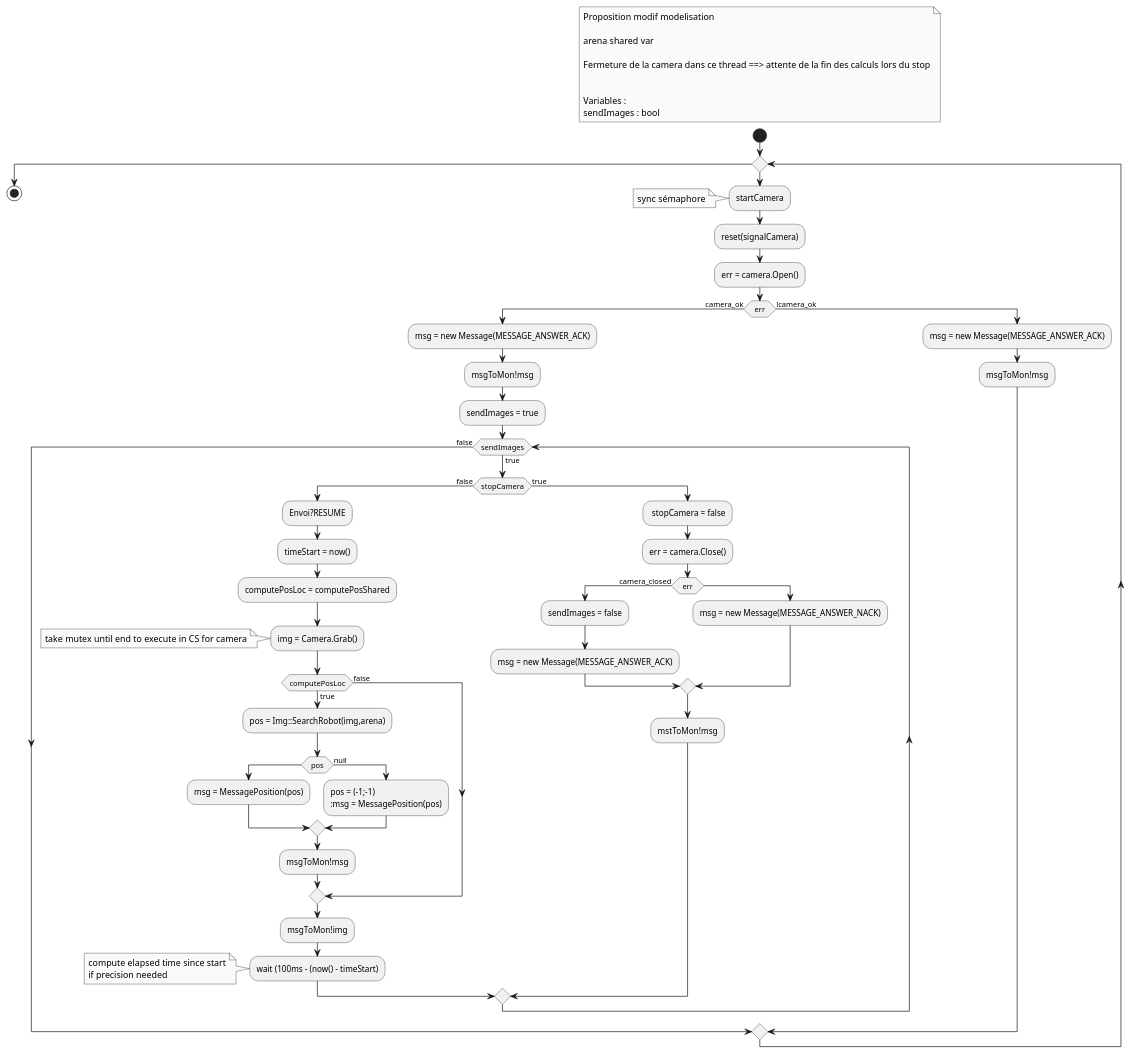
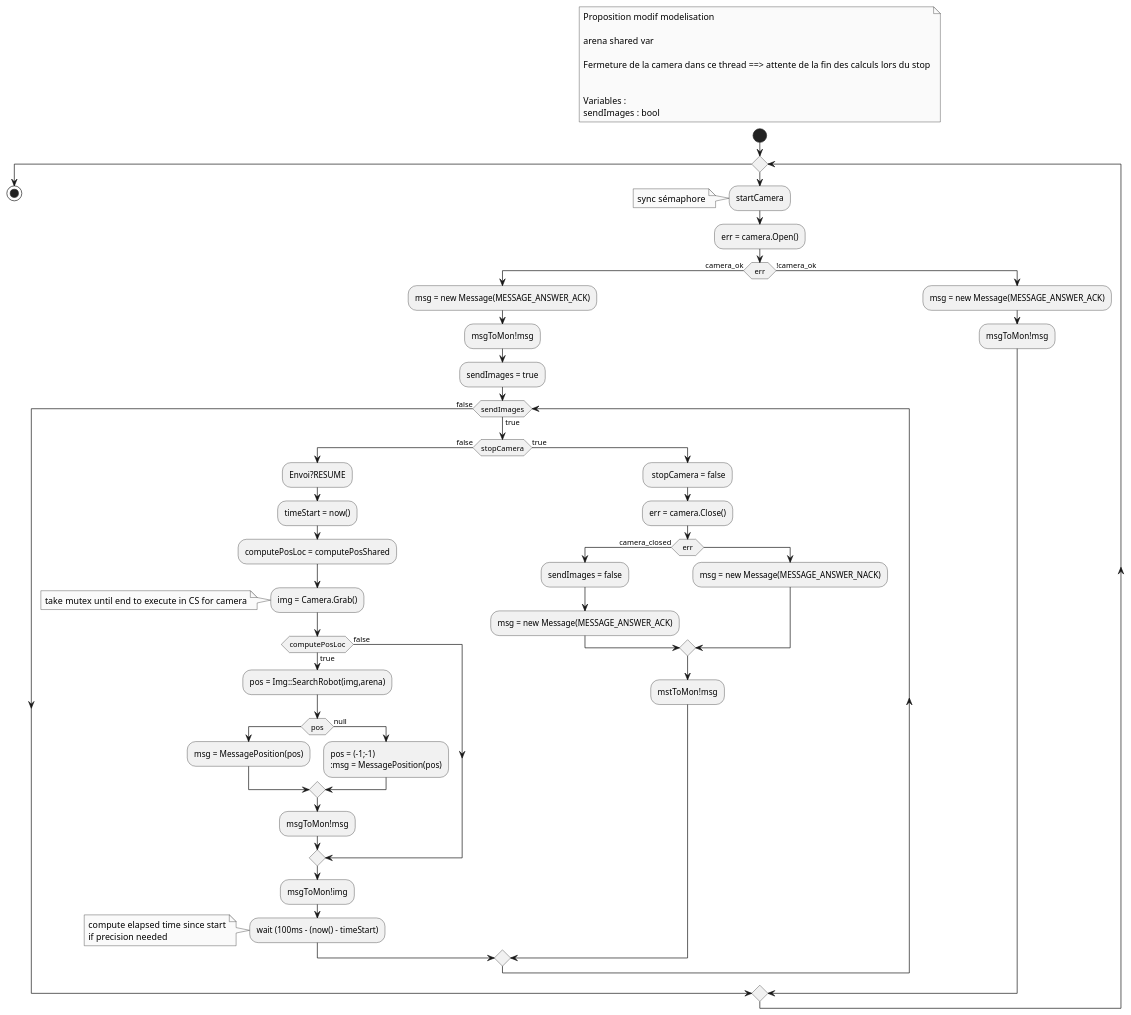
Before and after one commit to Bobillot/BE_Temps_Reel: the diagram in diags/th_get_image.puml, drawn with PlantUML.

```diff
--- a/diags/th_get_image.puml
+++ b/diags/th_get_image.puml
@@ -1,87 +1,86 @@
 @startuml th_get_image_mod
 
 skinparam monochrome true
 
 floating note left
 Proposition modif modelisation
 
 arena shared var
 
 Fermeture de la camera dans ce thread ==> attente de la fin des calculs lors du stop
 
 
 Variables :
 sendImages : bool
 end note
 
 start
 
 while ( )
 
     :startCamera;
     note : sync sémaphore
-    :reset(signalCamera);
 
     :err = camera.Open();
     if(err) then (camera_ok)
 
         :msg = new Message(MESSAGE_ANSWER_ACK);
         :msgToMon!msg;
 
         :sendImages = true;
 
         while (sendImages) is (true)
             if(stopCamera) then (false)
                 :Envoi?RESUME;
 
                 :timeStart = now();
 
                 :computePosLoc = computePosShared;
 
                 :img = Camera.Grab();
                 note : take mutex until end to execute in CS for camera
 
                 if (computePosLoc) then (true)
                         :pos = Img::SearchRobot(img,arena);
                         if (pos) then
                             :msg = MessagePosition(pos);
                         else (null)
                             :pos = (-1;-1)
                             :msg = MessagePosition(pos);
                         endif
                         :msgToMon!msg;
                 else (false)
 
                 endif
 
                 :msgToMon!img;
 
                 :wait (100ms - (now() - timeStart);
                 note
                 compute elapsed time since start
                 if precision needed
                 end note
                 'event stopCamera reçu
             else (true)
                 : stopCamera = false;
                 :err = camera.Close();
                 if(err) then (camera_closed)
                     :sendImages = false;
                     :msg = new Message(MESSAGE_ANSWER_ACK);
                 else
                     :msg = new Message(MESSAGE_ANSWER_NACK);
                 endif
                 :mstToMon!msg;
             endif
         endwhile (false)
 
     else (!camera_ok)
 
         :msg = new Message(MESSAGE_ANSWER_ACK);
         :msgToMon!msg;
     endif
 endwhile
 
 stop
 
 @enduml
```
